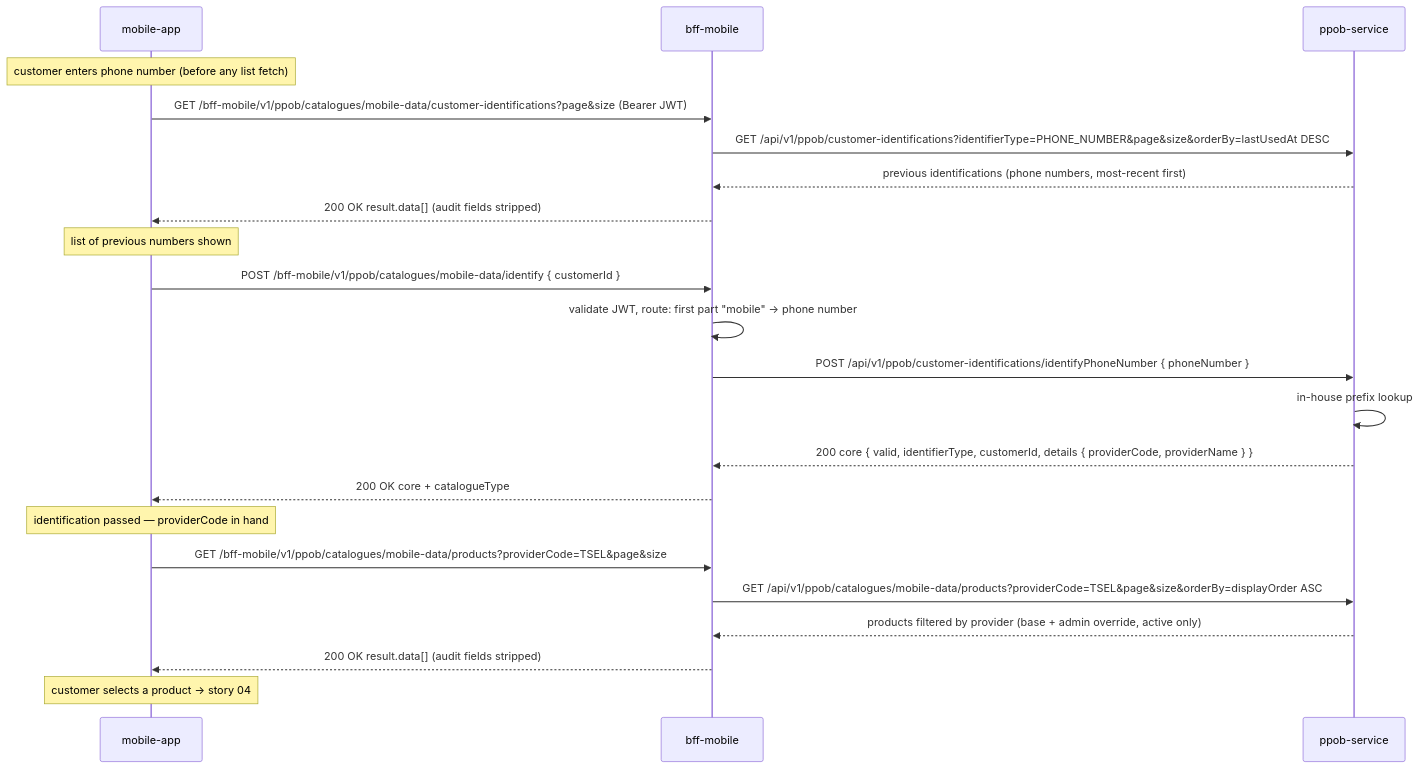
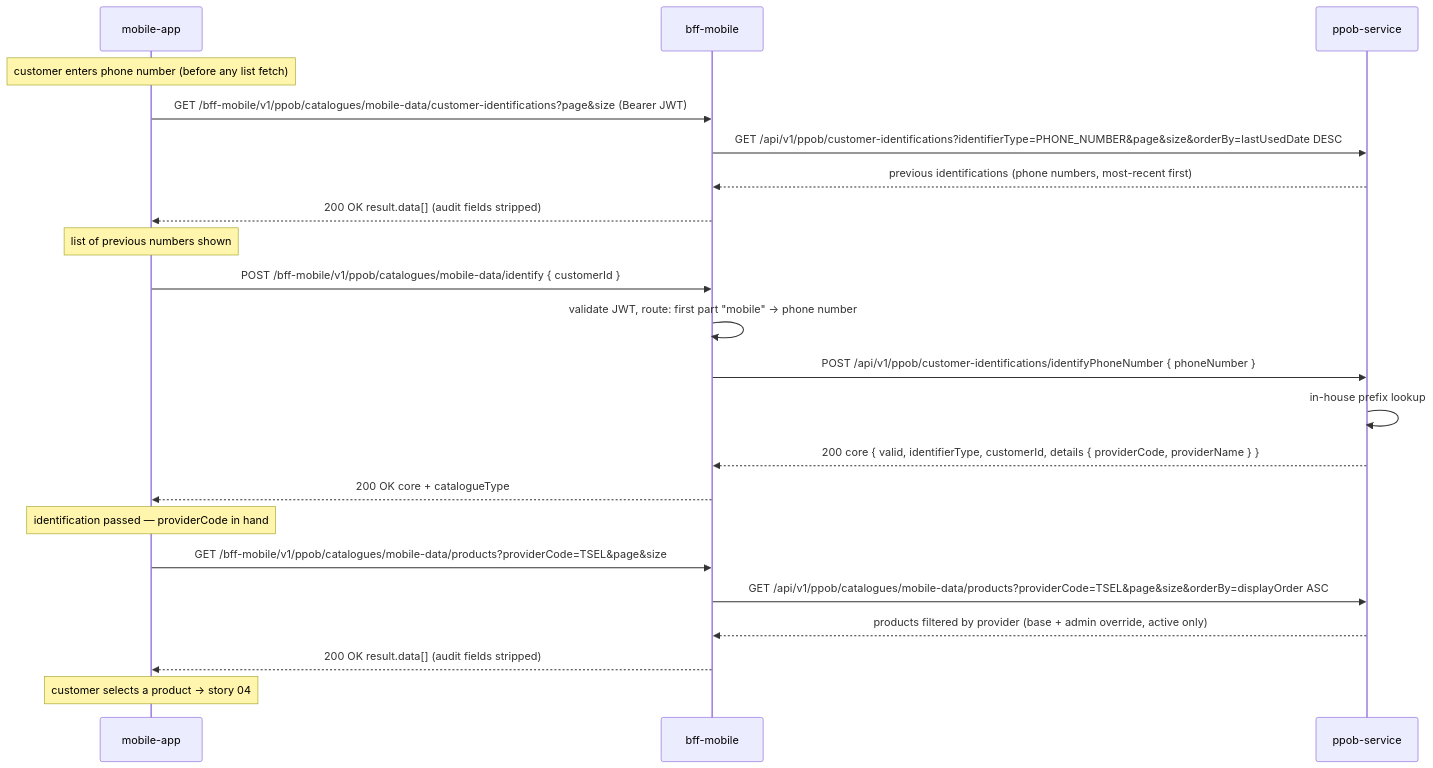
Before and after one commit to NaufalA/system-design: the diagram in designs/ppob-bnpl-pilot/api/stories/03-browse-data-package.md, drawn with Mermaid. The commit also changed other lines of this file and 10 other files, not shown here.

First line of the commit message:
ppob-bnpl-pilot: customer identification — no eager recording; meter identify moves to purchase

````diff
--- a/designs/ppob-bnpl-pilot/api/stories/03-browse-data-package.md
+++ b/designs/ppob-bnpl-pilot/api/stories/03-browse-data-package.md
@@ -7,28 +7,28 @@
 ```mermaid
 sequenceDiagram
     participant app as mobile-app
     participant bff as bff-mobile
     participant ppob as ppob-service
 
     Note over app: customer enters phone number (before any list fetch)
 
     app->>bff: GET /bff-mobile/v1/ppob/catalogues/mobile-data/customer-identifications?page&size (Bearer JWT)
-    bff->>ppob: GET /api/v1/ppob/customer-identifications?identifierType=PHONE_NUMBER&page&size&orderBy=lastUsedAt DESC
+    bff->>ppob: GET /api/v1/ppob/customer-identifications?identifierType=PHONE_NUMBER&page&size&orderBy=lastUsedDate DESC
     ppob-->>bff: previous identifications (phone numbers, most-recent first)
     bff-->>app: 200 OK result.data[] (audit fields stripped)
     Note over app: list of previous numbers shown
 
     app->>bff: POST /bff-mobile/v1/ppob/catalogues/mobile-data/identify { customerId }
     bff->>bff: validate JWT, route: first part "mobile" → phone number
     bff->>ppob: POST /api/v1/ppob/customer-identifications/identifyPhoneNumber { phoneNumber }
     ppob->>ppob: in-house prefix lookup
     ppob-->>bff: 200 core { valid, identifierType, customerId, details { providerCode, providerName } }
     bff-->>app: 200 OK core + catalogueType
     Note over app: identification passed — providerCode in hand
 
     app->>bff: GET /bff-mobile/v1/ppob/catalogues/mobile-data/products?providerCode=TSEL&page&size
     bff->>ppob: GET /api/v1/ppob/catalogues/mobile-data/products?providerCode=TSEL&page&size&orderBy=displayOrder ASC
     ppob-->>bff: products filtered by provider (base + admin override, active only)
     bff-->>app: 200 OK result.data[] (audit fields stripped)
     Note over app: customer selects a product → story 04
 ```
````
